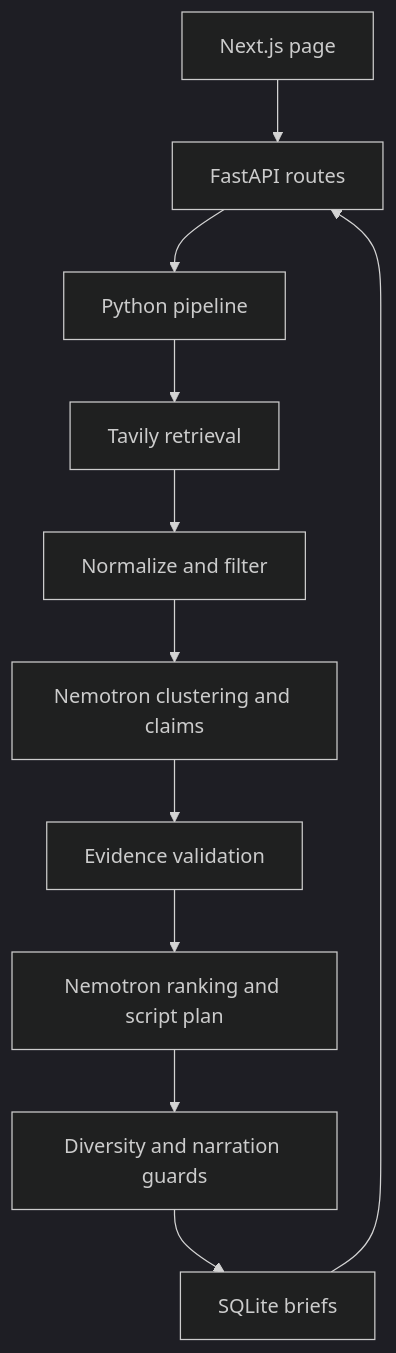
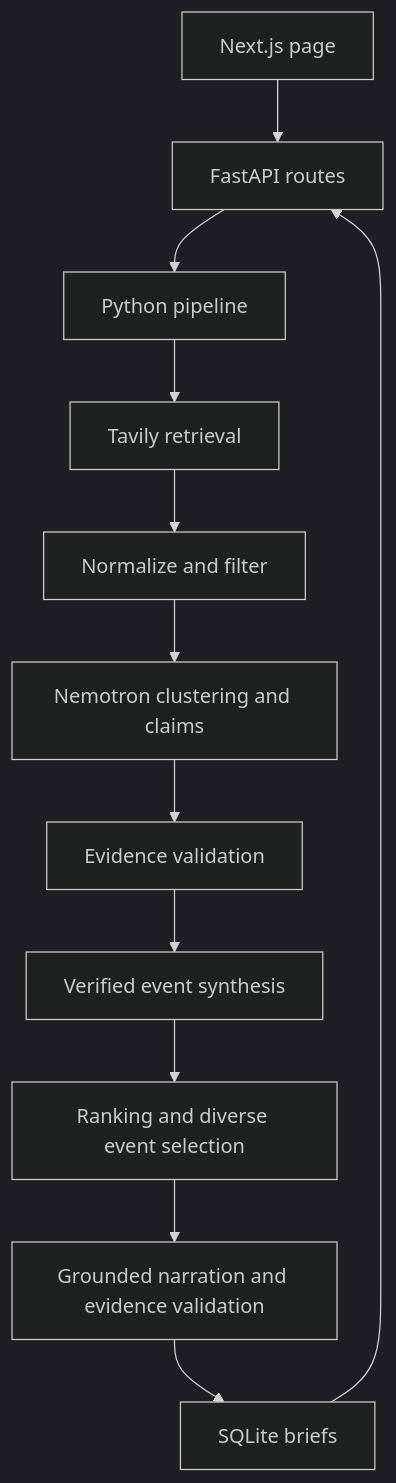
Before and after one commit to lilacpp/daybrief: the diagram in README.md, drawn with Mermaid (dark theme). The commit also changed other lines of this file and 7 other files, not shown here.

Commit message:
Add grounded narrative generation and evidence validation

````diff
--- a/README.md
+++ b/README.md
@@ -76,13 +76,14 @@
 ```mermaid
 flowchart TD
   UI[Next.js page] --> API[FastAPI routes]
   API --> P[Python pipeline]
   P --> T[Tavily retrieval]
   T --> N[Normalize and filter]
   N --> M[Nemotron clustering and claims]
   M --> V[Evidence validation]
-  V --> R[Nemotron ranking and script plan]
-  R --> S[Diversity and narration guards]
+  V --> E[Verified event synthesis]
+  E --> R[Ranking and diverse event selection]
+  R --> S[Grounded narration and evidence validation]
   S --> DB[SQLite briefs]
   DB --> API
 ```
````
